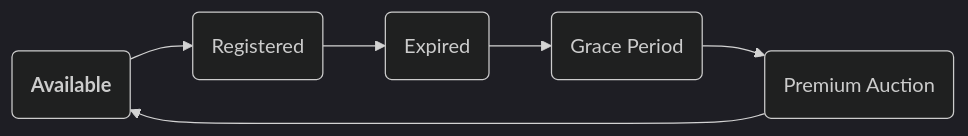
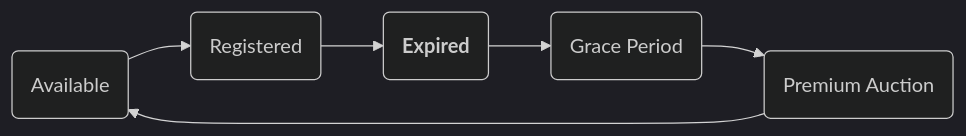
The first of 4 diagrams in docs/names/registration/expiration.md (ensdomains/ens-support-docs), drawn with Mermaid (dark theme) before and after one commit.

Commit message:
diagram fixes

````diff
--- a/docs/names/registration/expiration.md
+++ b/docs/names/registration/expiration.md
@@ -9,11 +9,11 @@
 ```mermaid
 graph LR;
-A(<b>Available</b>);
+A(Available);
 B(Registered);
-C(Expired);
+C(<b>Expired</b>);
 D(Grace Period);
 E(Premium Auction);
 
 A-->B-->C-->D-->E;
 E --> A;
 ```
````
